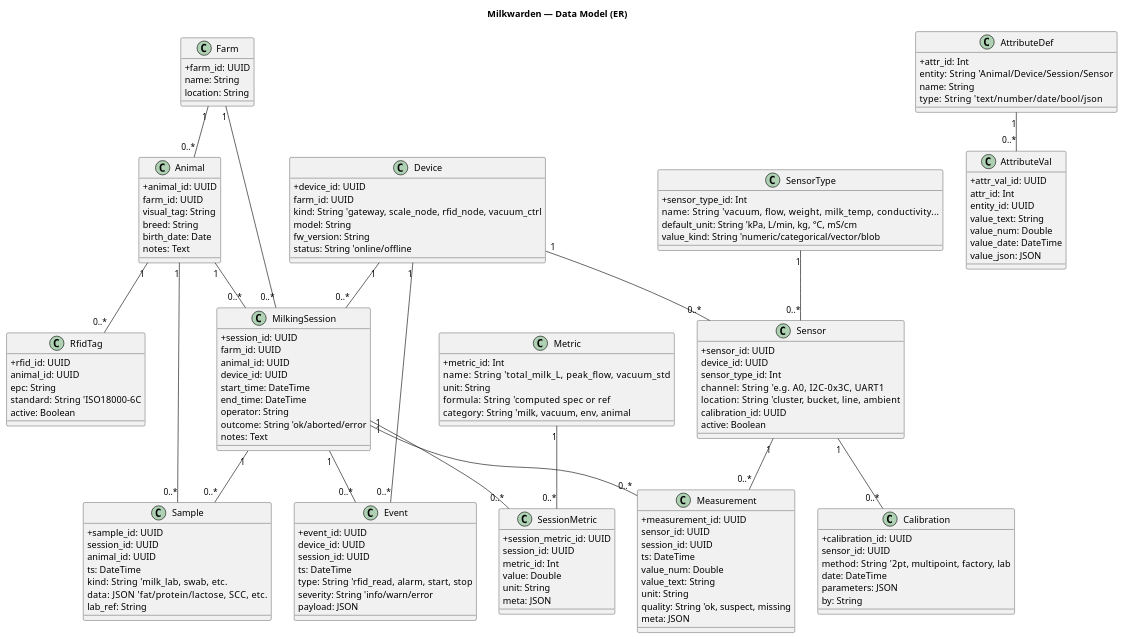
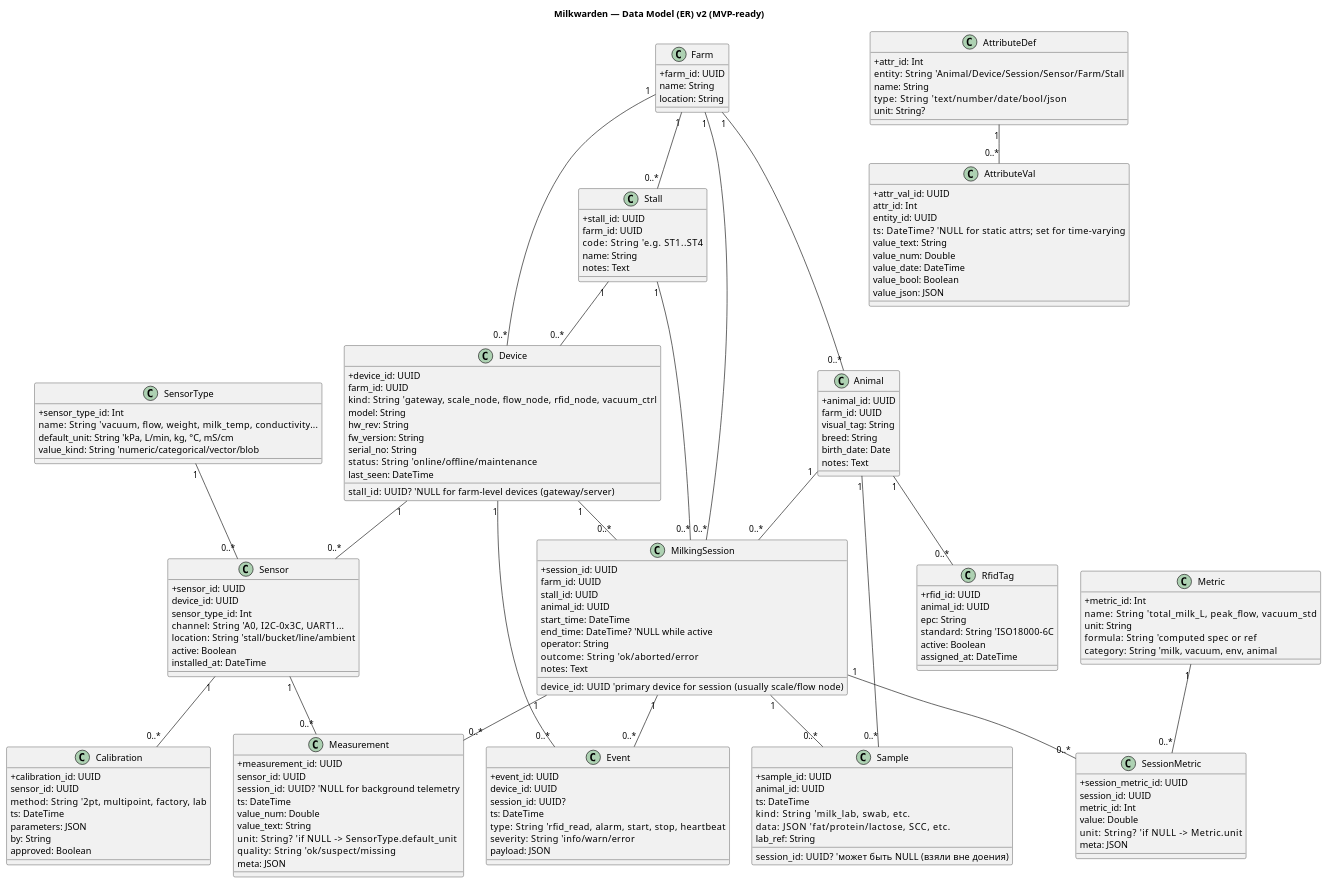
The diagram in docs/design/BD.wsd (M100ika/milkwarden-integrated), drawn with PlantUML before and after one commit.

```diff
--- a/docs/design/BD.wsd
+++ b/docs/design/BD.wsd
@@ -1,13 +1,23 @@
 @startuml
 skinparam shadowing false
 skinparam classAttributeIconSize 0
-title Milkwarden — Data Model (ER)
+title Milkwarden — Data Model (ER) v2 (MVP-ready)
 
-' ==== Справочники и орг. сущности ====
+' ===============================
+' Орг. сущности и справочники
+' ===============================
 class Farm {
   +farm_id: UUID
   name: String
   location: String
+}
+
+class Stall {
+  +stall_id: UUID
+  farm_id: UUID
+  code: String      'e.g. ST1..ST4
+  name: String
+  notes: Text
 }
 
 class Animal {
@@ -23,122 +33,150 @@
   +rfid_id: UUID
   animal_id: UUID
   epc: String
-  standard: String  'ISO18000-6C
+  standard: String   'ISO18000-6C
   active: Boolean
+  assigned_at: DateTime
 }
 
+Farm "1" -- "0..*" Stall
 Farm "1" -- "0..*" Animal
 Animal "1" -- "0..*" RfidTag
 
-' ==== Устройства и сенсоры ====
+' ===============================
+' Устройства и сенсоры
+' ===============================
 class Device {
   +device_id: UUID
   farm_id: UUID
-  kind: String   'gateway, scale_node, rfid_node, vacuum_ctrl
+  stall_id: UUID?     'NULL for farm-level devices (gateway/server)
+  kind: String        'gateway, scale_node, flow_node, rfid_node, vacuum_ctrl
   model: String
+  hw_rev: String
   fw_version: String
-  status: String 'online/offline
+  serial_no: String
+  status: String      'online/offline/maintenance
+  last_seen: DateTime
 }
 
 class SensorType {
   +sensor_type_id: Int
-  name: String       'vacuum, flow, weight, milk_temp, conductivity...
+  name: String        'vacuum, flow, weight, milk_temp, conductivity...
   default_unit: String 'kPa, L/min, kg, °C, mS/cm
-  value_kind: String 'numeric/categorical/vector/blob
+  value_kind: String  'numeric/categorical/vector/blob
 }
 
 class Sensor {
   +sensor_id: UUID
   device_id: UUID
   sensor_type_id: Int
-  channel: String     'e.g. A0, I2C-0x3C, UART1
-  location: String    'cluster, bucket, line, ambient
-  calibration_id: UUID
+  channel: String     'A0, I2C-0x3C, UART1...
+  location: String    'stall/bucket/line/ambient
   active: Boolean
+  installed_at: DateTime
 }
 
 Device "1" -- "0..*" Sensor
 SensorType "1" -- "0..*" Sensor
+Stall "1" -- "0..*" Device
+Farm  "1" -- "0..*" Device
 
+' ===============================
+' Калибровки (история)
+' ===============================
 class Calibration {
   +calibration_id: UUID
   sensor_id: UUID
-  method: String   '2pt, multipoint, factory, lab
-  date: DateTime
+  method: String      '2pt, multipoint, factory, lab
+  ts: DateTime
   parameters: JSON
   by: String
+  approved: Boolean
 }
 
 Sensor "1" -- "0..*" Calibration
 
-' ==== Сессии доения и контекст ====
+' ===============================
+' Сессии доения
+' ===============================
 class MilkingSession {
   +session_id: UUID
   farm_id: UUID
+  stall_id: UUID
   animal_id: UUID
-  device_id: UUID
+  device_id: UUID      'primary device for session (usually scale/flow node)
   start_time: DateTime
-  end_time: DateTime
+  end_time: DateTime?  'NULL while active
   operator: String
-  outcome: String 'ok/aborted/error
+  outcome: String      'ok/aborted/error
   notes: Text
 }
 
-Farm "1" -- "0..*" MilkingSession
+Farm  "1" -- "0..*" MilkingSession
+Stall "1" -- "0..*" MilkingSession
 Animal "1" -- "0..*" MilkingSession
 Device "1" -- "0..*" MilkingSession
 
-' ==== Измерения (таймсерии) ====
+' ===============================
+' Измерения (таймсерии)
+' session_id допускается NULL (вне доения)
+' ===============================
 class Measurement {
   +measurement_id: UUID
   sensor_id: UUID
-  session_id: UUID
+  session_id: UUID?    'NULL for background telemetry
   ts: DateTime
   value_num: Double
   value_text: String
-  unit: String
-  quality: String 'ok, suspect, missing
+  unit: String?        'if NULL -> SensorType.default_unit
+  quality: String      'ok/suspect/missing
   meta: JSON
 }
 
 Sensor "1" -- "0..*" Measurement
 MilkingSession "1" -- "0..*" Measurement
 
-' ==== События ====
+' ===============================
+' События
+' session_id допускается NULL (сервисные/фоновые)
+' ===============================
 class Event {
   +event_id: UUID
   device_id: UUID
-  session_id: UUID
+  session_id: UUID?
   ts: DateTime
-  type: String   'rfid_read, alarm, start, stop
-  severity: String 'info/warn/error
+  type: String         'rfid_read, alarm, start, stop, heartbeat
+  severity: String     'info/warn/error
   payload: JSON
 }
 
 Device "1" -- "0..*" Event
 MilkingSession "1" -- "0..*" Event
 
-' ==== Образцы (лаборатория / офлайн) ====
+' ===============================
+' Образцы (лаборатория / офлайн)
+' ===============================
 class Sample {
   +sample_id: UUID
-  session_id: UUID
+  session_id: UUID?    'может быть NULL (взяли вне доения)
   animal_id: UUID
   ts: DateTime
-  kind: String   'milk_lab, swab, etc.
-  data: JSON     'fat/protein/lactose, SCC, etc.
+  kind: String         'milk_lab, swab, etc.
+  data: JSON           'fat/protein/lactose, SCC, etc.
   lab_ref: String
 }
 
 MilkingSession "1" -- "0..*" Sample
 Animal "1" -- "0..*" Sample
 
-' ==== Каталог метрик и атрибутов ====
+' ===============================
+' Каталог метрик и рассчитанные метрики сессии
+' ===============================
 class Metric {
   +metric_id: Int
-  name: String       'total_milk_L, peak_flow, vacuum_std
+  name: String         'total_milk_L, peak_flow, vacuum_std
   unit: String
-  formula: String    'computed spec or ref
-  category: String   'milk, vacuum, env, animal
+  formula: String      'computed spec or ref
+  category: String     'milk, vacuum, env, animal
 }
 
 class SessionMetric {
@@ -146,27 +184,33 @@
   session_id: UUID
   metric_id: Int
   value: Double
-  unit: String
+  unit: String?        'if NULL -> Metric.unit
   meta: JSON
 }
 
 MilkingSession "1" -- "0..*" SessionMetric
 Metric "1" -- "0..*" SessionMetric
 
+' ===============================
+' Гибкие атрибуты (расширение без миграций)
+' ===============================
 class AttributeDef {
   +attr_id: Int
-  entity: String   'Animal/Device/Session/Sensor
+  entity: String       'Animal/Device/Session/Sensor/Farm/Stall
   name: String
-  type: String     'text/number/date/bool/json
+  type: String         'text/number/date/bool/json
+  unit: String?
 }
 
 class AttributeVal {
   +attr_val_id: UUID
   attr_id: Int
   entity_id: UUID
+  ts: DateTime?        'NULL for static attrs; set for time-varying
   value_text: String
   value_num: Double
   value_date: DateTime
+  value_bool: Boolean
   value_json: JSON
 }
 
```
